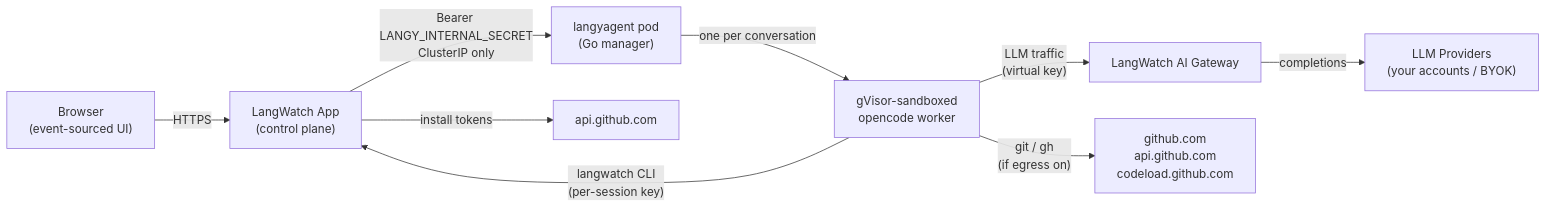
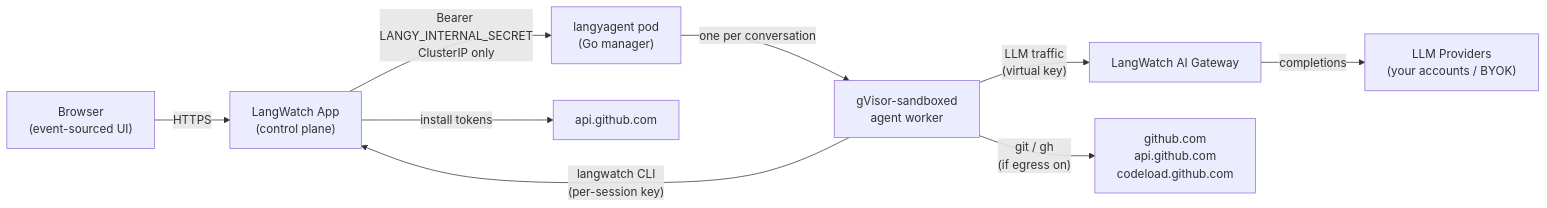
One commit to langwatch/langwatch changed the diagram in docs/self-hosting/langy/overview.mdx. Above: the diagram before and after it, drawn with Mermaid. The commit also changed other lines of this file and 12 other files, not shown here.

````diff
--- a/docs/self-hosting/langy/overview.mdx
+++ b/docs/self-hosting/langy/overview.mdx
@@ -57,11 +57,11 @@
 ```mermaid
 graph LR
     Browser["Browser<br/>(event-sourced UI)"] -->|"HTTPS"| App["LangWatch App<br/>(control plane)"]
     App -->|"Bearer LANGY_INTERNAL_SECRET<br/>ClusterIP only"| Agent["langyagent pod<br/>(Go manager)"]
-    Agent -->|"one per conversation"| Worker["gVisor-sandboxed<br/>opencode worker"]
+    Agent -->|"one per conversation"| Worker["gVisor-sandboxed<br/>agent worker"]
     Worker -->|"langwatch CLI<br/>(per-session key)"| App
     Worker -->|"LLM traffic<br/>(virtual key)"| Gateway["LangWatch AI Gateway"]
     Gateway -->|"completions"| Providers["LLM Providers<br/>(your accounts / BYOK)"]
     Worker -->|"git / gh<br/>(if egress on)"| GitHub["github.com<br/>api.github.com<br/>codeload.github.com"]
     App -->|"install tokens"| GitHubAPI["api.github.com"]
 ```
````
